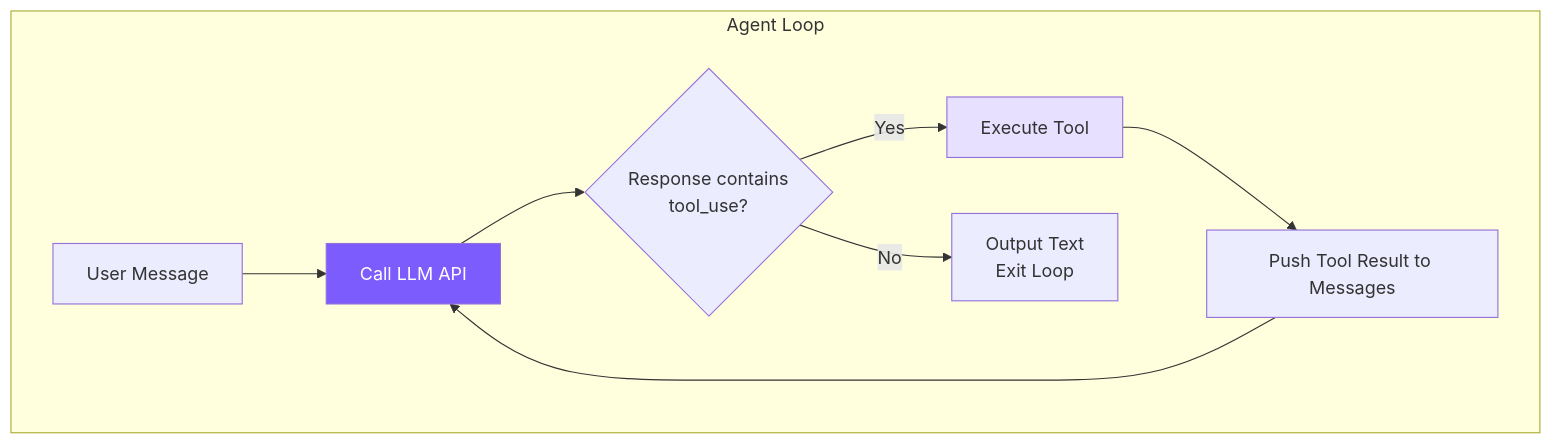
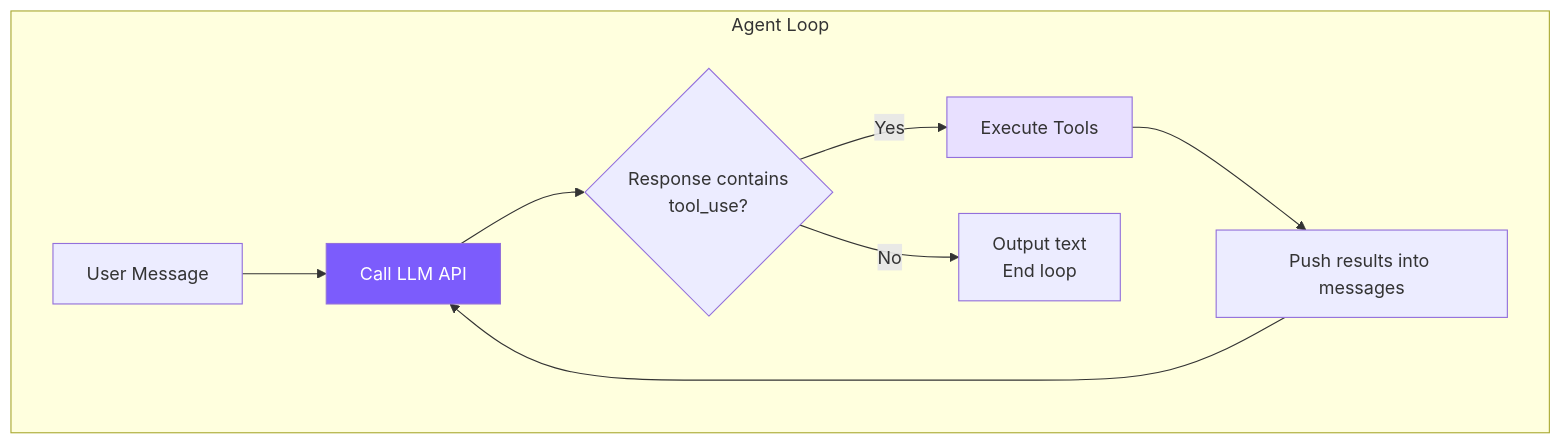
The diagram in en/docs/01-agent-loop.md (joinmouse/claude-code-mini), drawn with Mermaid before and after one commit. The commit also changed other lines of this file and 30 other files, not shown here.

````diff
--- a/en/docs/01-agent-loop.md
+++ b/en/docs/01-agent-loop.md
@@ -7,14 +5,14 @@
 ```mermaid
 graph TB
     subgraph Agent Loop
         A[User Message] --> B[Call LLM API]
         B --> C{Response contains<br/>tool_use?}
-        C -->|Yes| D[Execute Tool]
-        D --> E[Push Tool Result to Messages]
+        C -->|Yes| D[Execute Tools]
+        D --> E[Push results into messages]
         E --> B
-        C -->|No| F[Output Text<br/>Exit Loop]
+        C -->|No| F[Output text<br/>End loop]
     end
 
     style B fill:#7c5cfc,color:#fff
     style D fill:#e8e0ff
 ```
````
